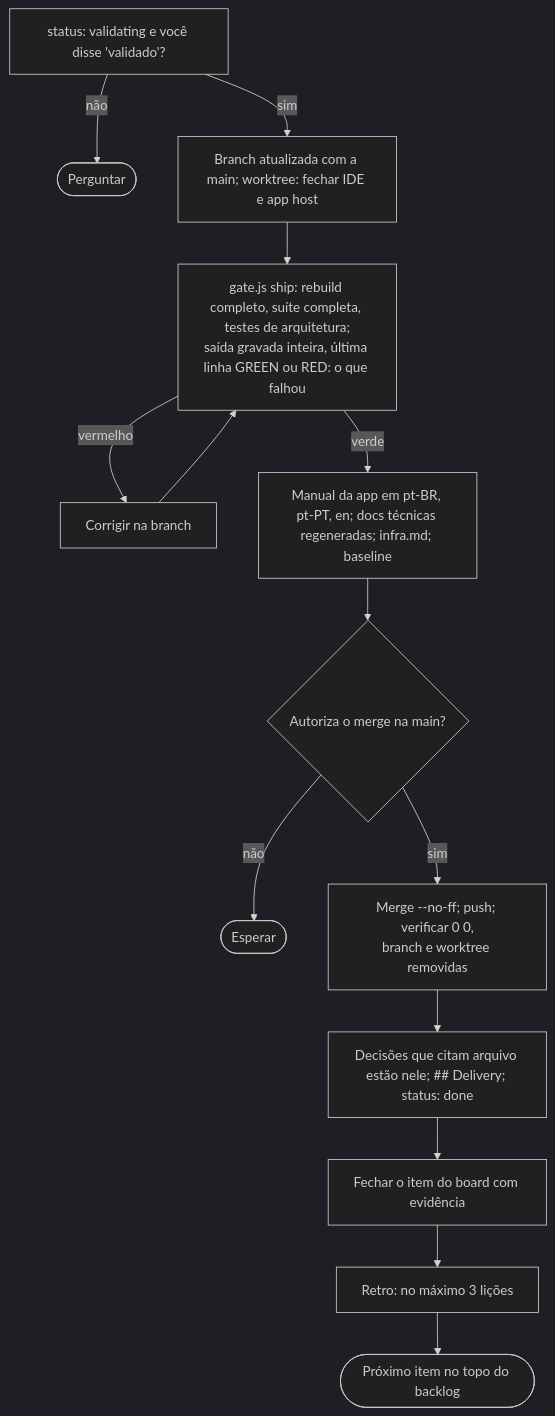
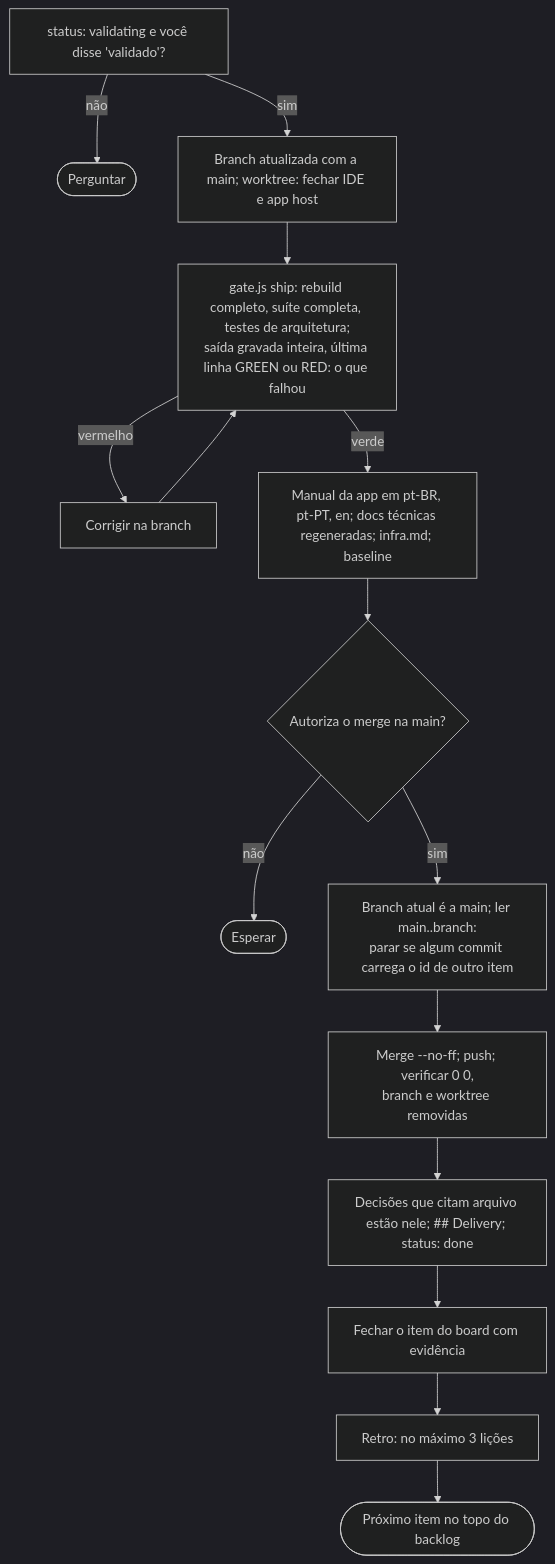
Before and after one commit to alexcanario/simulab: diagram 11 of 16 in docs/agile/workflow.pt-BR.md, drawn with Mermaid (dark theme). The commit also changed other lines of this file and 3 other files, not shown here.

````diff
--- a/docs/agile/workflow.pt-BR.md
+++ b/docs/agile/workflow.pt-BR.md
@@ -1067,16 +1067,17 @@
 ```mermaid
 flowchart TD
     A["status: validating e você disse 'validado'?"] -->|não| A1(["Perguntar"])
     A -->|sim| B["Branch atualizada com a main; worktree: fechar IDE e app host"]
     B --> C["gate.js ship: rebuild completo, suíte completa, testes de arquitetura;<br/>saída gravada inteira, última linha GREEN ou RED: o que falhou"]
     C -->|vermelho| C1["Corrigir na branch"]
     C1 --> C
     C -->|verde| D["Manual da app em pt-BR, pt-PT, en; docs técnicas regeneradas; infra.md; baseline"]
     D --> E{"Autoriza o merge na main?"}
     E -->|não| E1(["Esperar"])
-    E -->|sim| F["Merge --no-ff; push; verificar 0 0,<br/>branch e worktree removidas"]
+    E -->|sim| E2["Branch atual é a main; ler main..branch:<br/>parar se algum commit carrega o id de outro item"]
+    E2 --> F["Merge --no-ff; push; verificar 0 0,<br/>branch e worktree removidas"]
     F --> G["Decisões que citam arquivo estão nele; ## Delivery; status: done"]
     G --> H["Fechar o item do board com evidência"]
     H --> I["Retro: no máximo 3 lições"]
     I --> J(["Próximo item no topo do backlog"])
 ```
````
